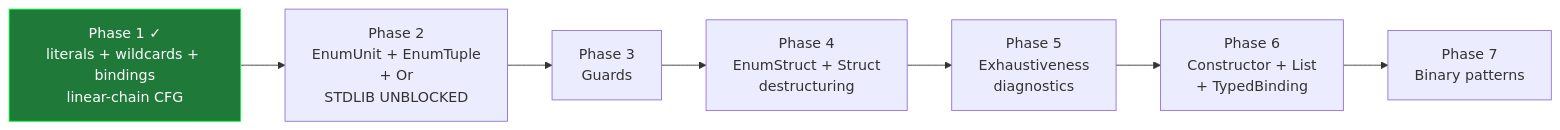
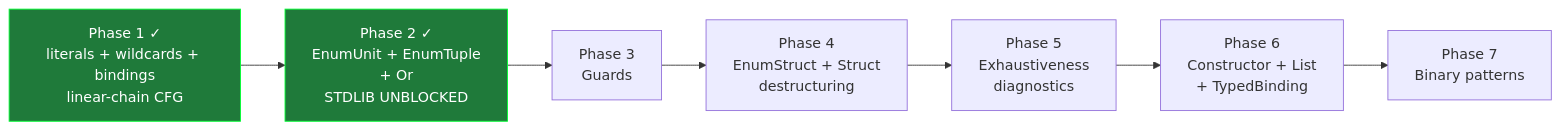
Before and after one commit to koja-lang/koja: the diagram in design/ALPHA-MATCH-PLAN.md, drawn with Mermaid. The commit also changed other lines of this file and 21 other files, not shown here.

````diff
--- a/design/ALPHA-MATCH-PLAN.md
+++ b/design/ALPHA-MATCH-PLAN.md
@@ -244,10 +257,11 @@
 ```mermaid
 graph LR
-    p1[Phase 1 ✓<br/>literals + wildcards + bindings<br/>linear-chain CFG] --> p2[Phase 2<br/>EnumUnit + EnumTuple<br/>+ Or<br/>STDLIB UNBLOCKED]
+    p1[Phase 1 ✓<br/>literals + wildcards + bindings<br/>linear-chain CFG] --> p2[Phase 2 ✓<br/>EnumUnit + EnumTuple<br/>+ Or<br/>STDLIB UNBLOCKED]
     p2 --> p3[Phase 3<br/>Guards]
     p3 --> p4[Phase 4<br/>EnumStruct + Struct<br/>destructuring]
     p4 --> p5[Phase 5<br/>Exhaustiveness<br/>diagnostics]
     p5 --> p6[Phase 6<br/>Constructor + List<br/>+ TypedBinding]
     p6 --> p7[Phase 7<br/>Binary patterns]
     style p1 fill:#1f7a3a,stroke:#0f3,color:#fff
+    style p2 fill:#1f7a3a,stroke:#0f3,color:#fff
 ```
````
